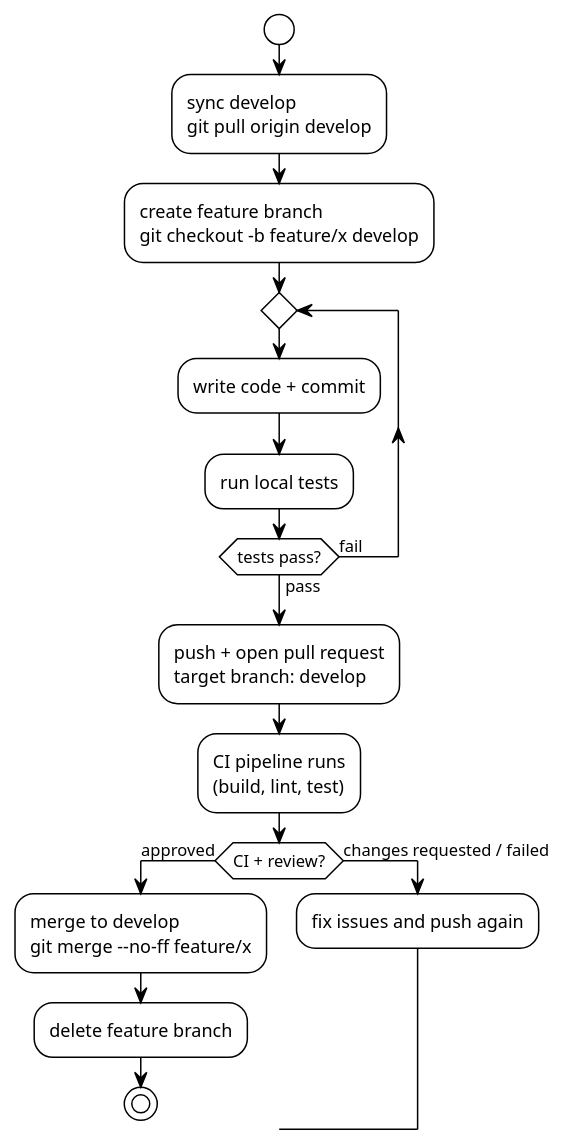
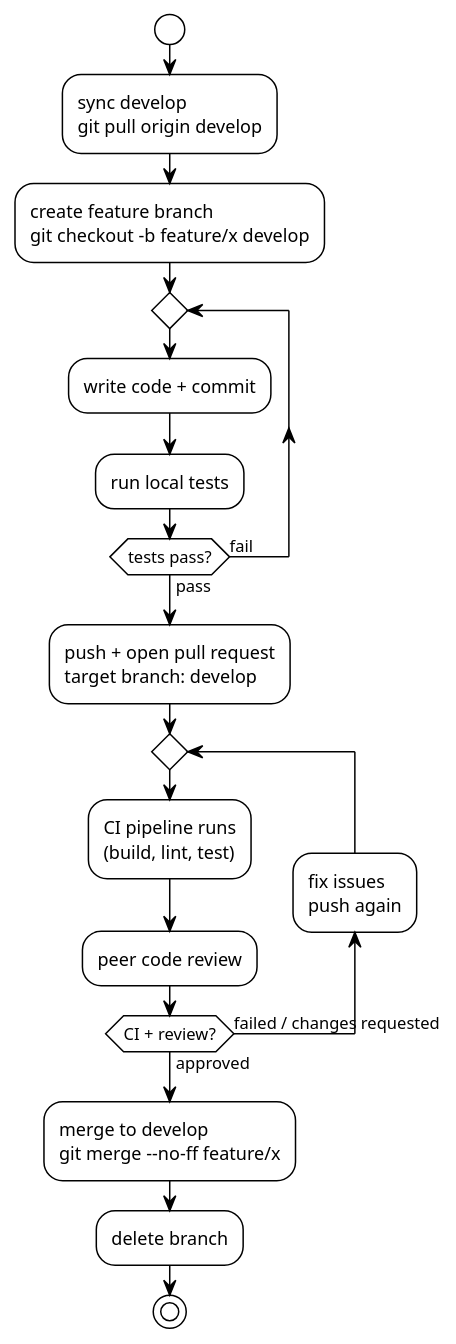
Before and after one commit to istergiou/istergiou: the second of 4 diagrams in git-workflow-gitflow.md, drawn with PlantUML. The commit also changed other lines of this file and 29 other files, not shown here.

First line of the commit message:
Add git workflow documentation with diagrams and research notes

````diff
--- a/git-workflow-gitflow.md
+++ b/git-workflow-gitflow.md
@@ -85,29 +117,29 @@
 ```plantuml
 @startuml
 !theme plain
 
 start
 
 :sync develop\ngit pull origin develop;
 
 :create feature branch\ngit checkout -b feature/x develop;
 
 repeat
   :write code + commit;
   :run local tests;
 repeat while (tests pass?) is (fail) not (pass)
 
 :push + open pull request\ntarget branch: develop;
 
-:CI pipeline runs\n(build, lint, test);
+repeat
+  :CI pipeline runs\n(build, lint, test);
+  :peer code review;
+  backward:fix issues\npush again;
+repeat while (CI + review?) is (failed / changes requested) not (approved)
 
-if (CI + review?) then (approved)
-  :merge to develop\ngit merge --no-ff feature/x;
-  :delete feature branch;
-  stop
-else (changes requested / failed)
-  :fix issues and push again;
-endif
+:merge to develop\ngit merge --no-ff feature/x;
+:delete branch;
+stop
 
 @enduml
 ```
````
